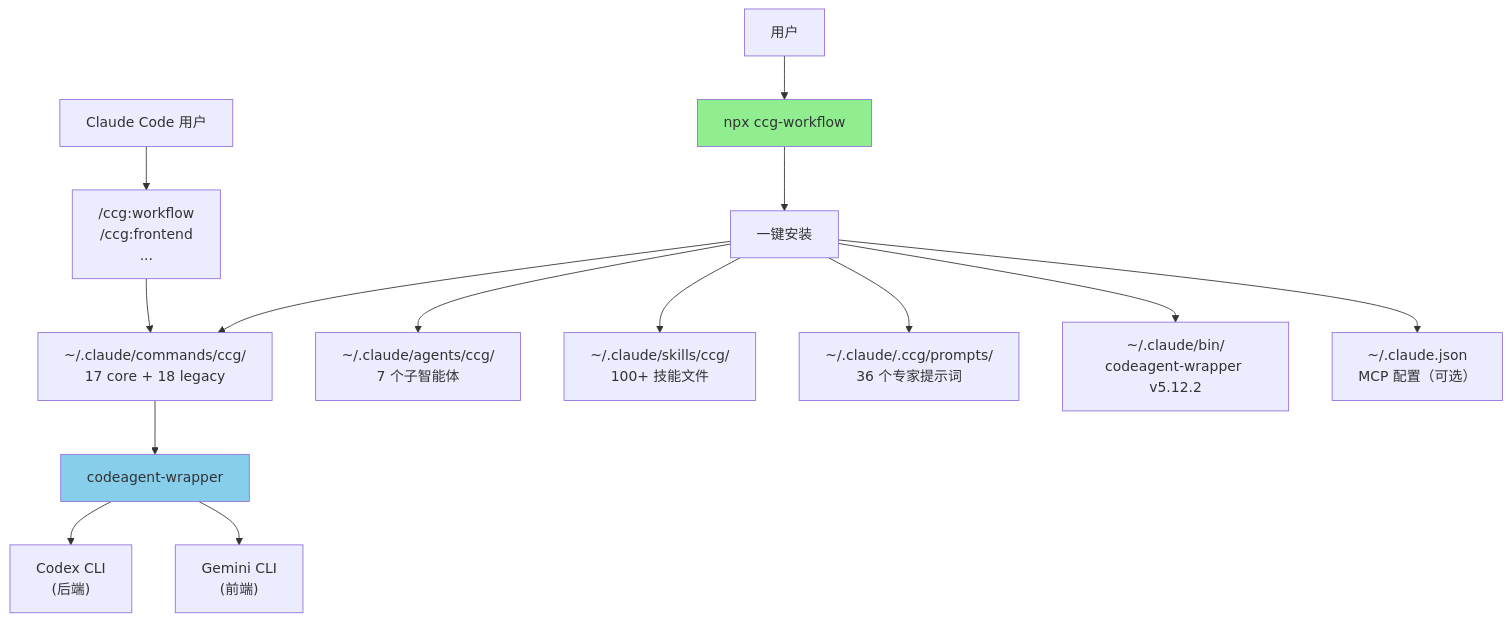
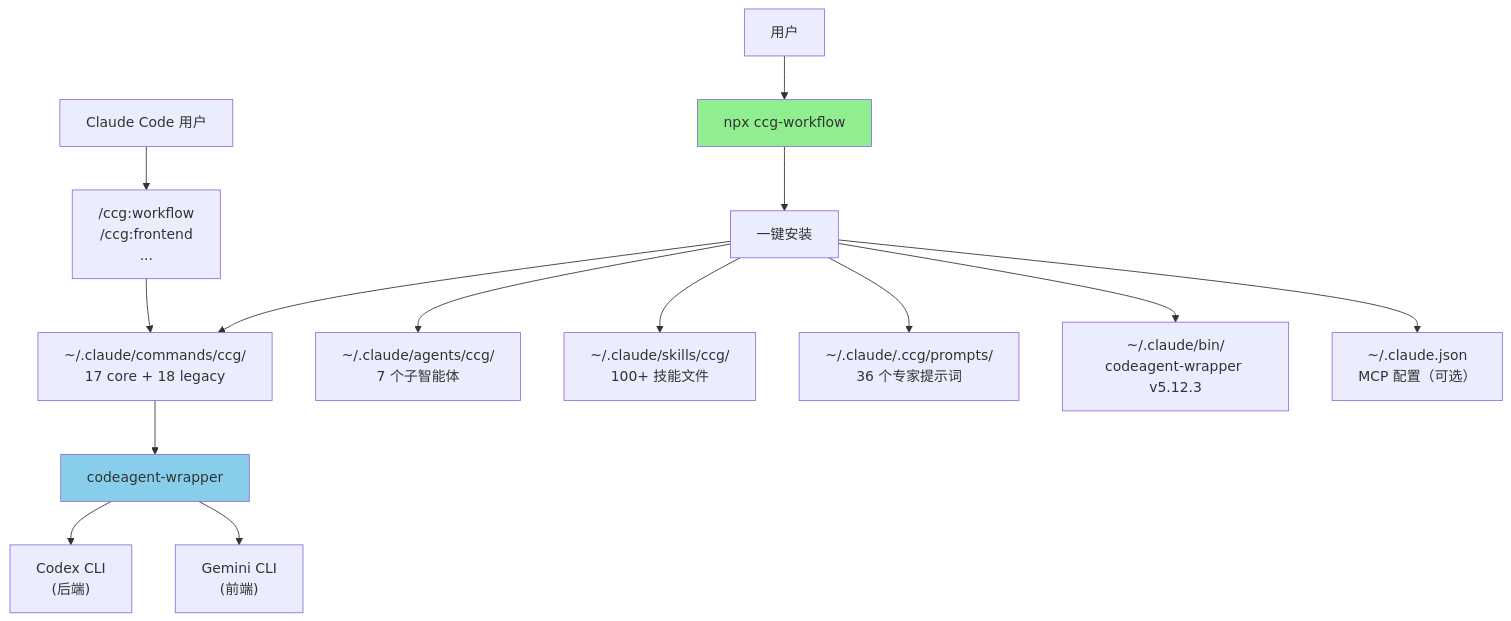
Before and after one commit to jed-zed/ccg-gptpro-worflow: the diagram in CLAUDE.md, drawn with Mermaid. The commit also changed other lines of this file and 9 other files, not shown here.

````diff
--- a/CLAUDE.md
+++ b/CLAUDE.md
@@ -655,22 +655,22 @@
 ```mermaid
 graph TD
     User["用户"] --> CLI["npx ccg-workflow"]
     CLI --> Init["一键安装"]
 
     Init --> Commands["~/.claude/commands/ccg/<br/>17 core + 18 legacy"]
     Init --> Agents["~/.claude/agents/ccg/<br/>7 个子智能体"]
     Init --> Skills["~/.claude/skills/ccg/<br/>100+ 技能文件"]
     Init --> Prompts["~/.claude/.ccg/prompts/<br/>36 个专家提示词"]
-    Init --> Binary["~/.claude/bin/<br/>codeagent-wrapper v5.12.2"]
+    Init --> Binary["~/.claude/bin/<br/>codeagent-wrapper v5.12.3"]
     Init --> MCP["~/.claude.json<br/>MCP 配置（可选）"]
 
     User2["Claude Code 用户"] --> SlashCmd["/ccg:workflow<br/>/ccg:frontend<br/>..."]
     SlashCmd --> Commands
 
     Commands --> Wrapper["codeagent-wrapper"]
     Wrapper --> Codex["Codex CLI<br/>(后端)"]
     Wrapper --> Gemini["Gemini CLI<br/>(前端)"]
 
     style CLI fill:#90EE90
     style Wrapper fill:#87CEEB
 ```
````
